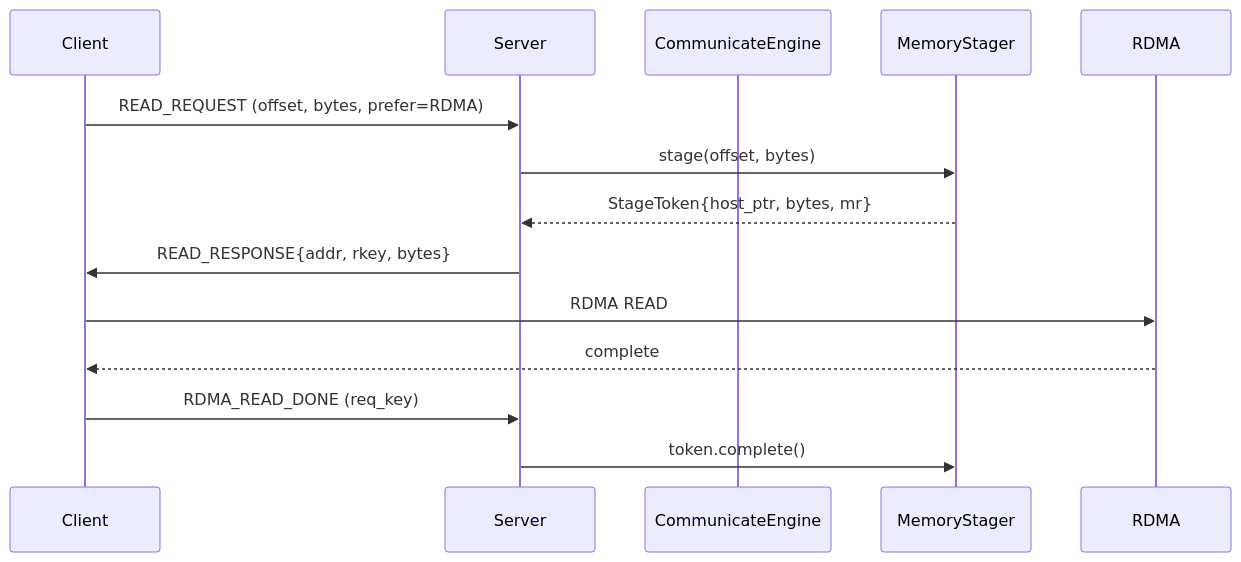
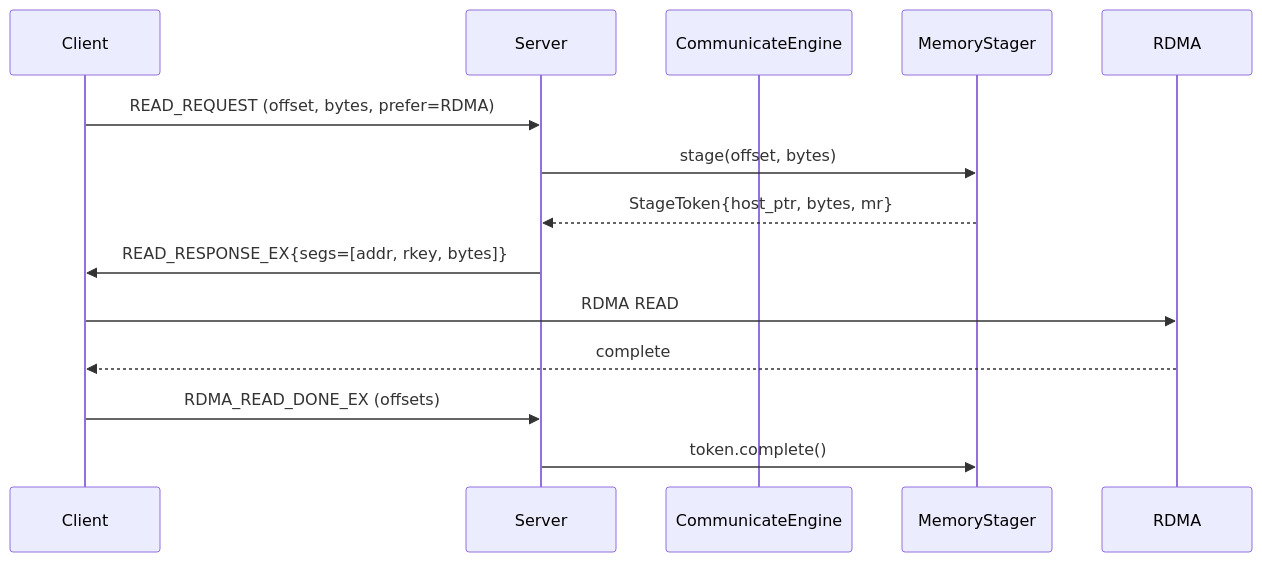
Before and after one commit to tensorcast-ai/tensorcast: the second of 6 diagrams in rfcs/0009-unified-memory-stager-and-staged-p2p.md, drawn with Mermaid. The commit also changed other lines of this file and 32 other files, not shown here.

````diff
--- a/rfcs/0009-unified-memory-stager-and-staged-p2p.md
+++ b/rfcs/0009-unified-memory-stager-and-staged-p2p.md
@@ -120,17 +116,17 @@
 ```mermaid
 sequenceDiagram
   participant Client
   participant Server
   participant CE as CommunicateEngine
   participant Stager as MemoryStager
   participant NIC as RDMA
 
   Client->>Server: READ_REQUEST (offset, bytes, prefer=RDMA)
   Server->>Stager: stage(offset, bytes)
   Stager-->>Server: StageToken{host_ptr, bytes, mr}
-  Server->>Client: READ_RESPONSE{addr, rkey, bytes}
+  Server->>Client: READ_RESPONSE_EX{segs=[addr, rkey, bytes]}
   Client->>NIC: RDMA READ
   NIC-->>Client: complete
-  Client->>Server: RDMA_READ_DONE (req_key)
+  Client->>Server: RDMA_READ_DONE_EX (offsets)
   Server->>Stager: token.complete()
 ```
````
